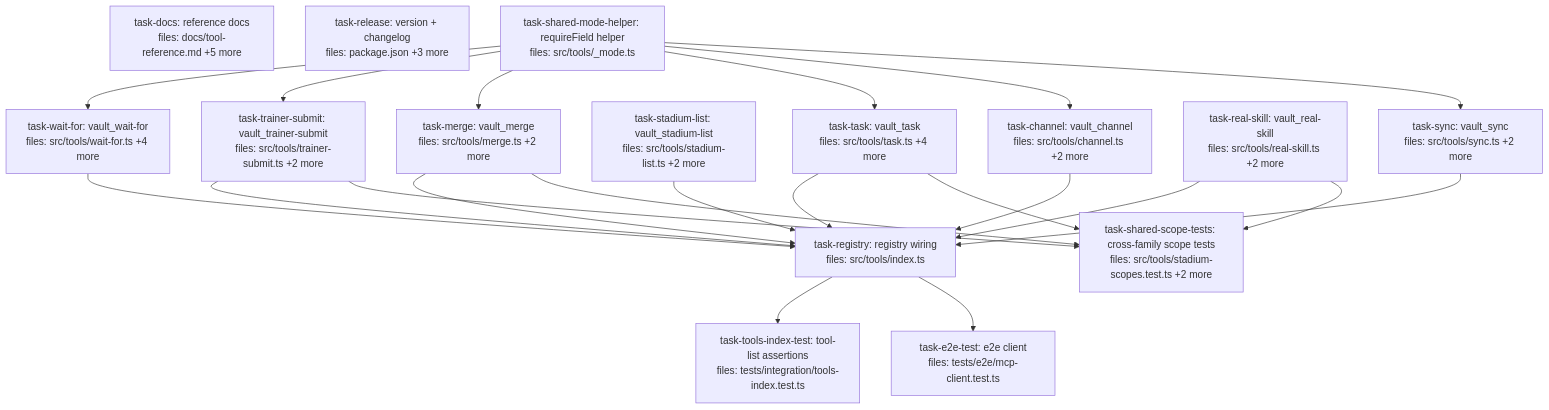
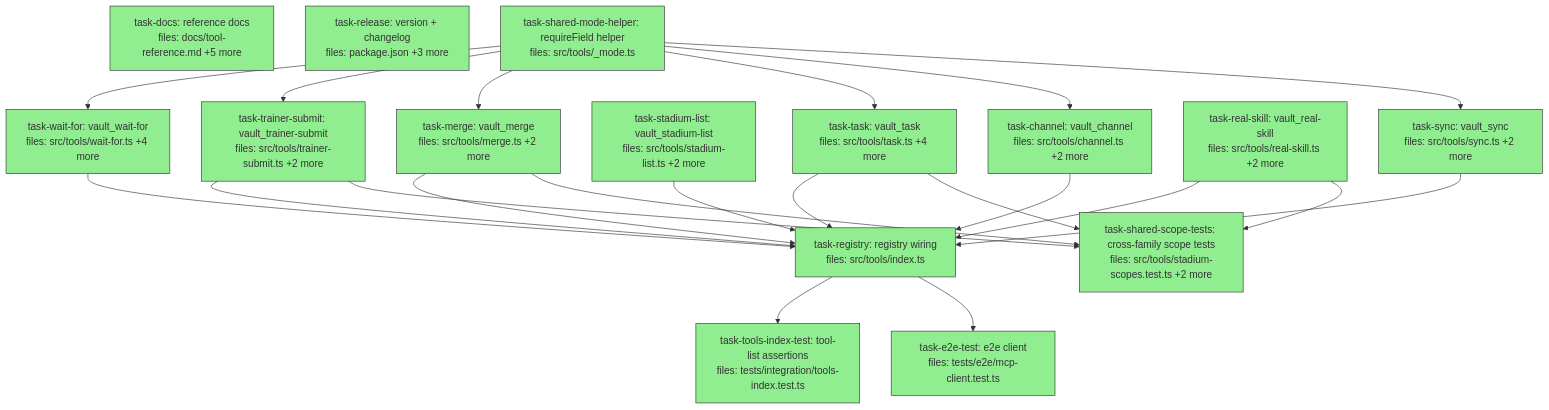
Before and after one commit to BrettNye/stoa: the diagram in docs/superpowers/plans/2026-06-14-tool-surface-family-consolidation-dag.md, drawn with Mermaid. The commit also changed other lines of this file, not shown here.

First line of the commit message:
docs(plan): tool-surface consolidation DAG executed — 17/17 tasks done

````diff
--- a/docs/superpowers/plans/2026-06-14-tool-surface-family-consolidation-dag.md
+++ b/docs/superpowers/plans/2026-06-14-tool-surface-family-consolidation-dag.md
@@ -6,46 +6,52 @@
 ```mermaid
 flowchart TD
     task-wait-for["task-wait-for: vault_wait-for<br/>files: src/tools/wait-for.ts +4 more"]
     task-trainer-submit["task-trainer-submit: vault_trainer-submit<br/>files: src/tools/trainer-submit.ts +2 more"]
     task-merge["task-merge: vault_merge<br/>files: src/tools/merge.ts +2 more"]
     task-stadium-list["task-stadium-list: vault_stadium-list<br/>files: src/tools/stadium-list.ts +2 more"]
     task-task["task-task: vault_task<br/>files: src/tools/task.ts +4 more"]
     task-channel["task-channel: vault_channel<br/>files: src/tools/channel.ts +2 more"]
     task-real-skill["task-real-skill: vault_real-skill<br/>files: src/tools/real-skill.ts +2 more"]
     task-sync["task-sync: vault_sync<br/>files: src/tools/sync.ts +2 more"]
     task-registry["task-registry: registry wiring<br/>files: src/tools/index.ts"]
     task-shared-scope-tests["task-shared-scope-tests: cross-family scope tests<br/>files: src/tools/stadium-scopes.test.ts +2 more"]
     task-tools-index-test["task-tools-index-test: tool-list assertions<br/>files: tests/integration/tools-index.test.ts"]
     task-e2e-test["task-e2e-test: e2e client<br/>files: tests/e2e/mcp-client.test.ts"]
     task-docs["task-docs: reference docs<br/>files: docs/tool-reference.md +5 more"]
     task-release["task-release: version + changelog<br/>files: package.json +3 more"]
     task-shared-mode-helper["task-shared-mode-helper: requireField helper<br/>files: src/tools/_mode.ts"]
 
     task-shared-mode-helper --> task-wait-for
     task-shared-mode-helper --> task-trainer-submit
     task-shared-mode-helper --> task-merge
     task-shared-mode-helper --> task-task
     task-shared-mode-helper --> task-channel
     task-shared-mode-helper --> task-sync
 
     task-wait-for --> task-registry
     task-trainer-submit --> task-registry
     task-merge --> task-registry
     task-stadium-list --> task-registry
     task-task --> task-registry
     task-channel --> task-registry
     task-real-skill --> task-registry
     task-sync --> task-registry
     task-trainer-submit --> task-shared-scope-tests
     task-real-skill --> task-shared-scope-tests
     task-merge --> task-shared-scope-tests
     task-task --> task-shared-scope-tests
     task-registry --> task-tools-index-test
     task-registry --> task-e2e-test
 
     classDef done fill:#90ee90,stroke:#333
     classDef ready fill:#fffacd,stroke:#333
     classDef running fill:#87ceeb,stroke:#333
     classDef failed fill:#ffb6c1,stroke:#333
     classDef skipped fill:#d3d3d3,stroke:#333,stroke-dasharray: 5 5
+
+    class task-shared-mode-helper,task-stadium-list,task-real-skill,task-docs,task-release done
+    class task-wait-for,task-trainer-submit,task-merge,task-task,task-channel,task-sync done
+    class task-registry,task-shared-scope-tests done
+    class task-blast-radius-src,task-blast-radius-tests done
+    class task-tools-index-test,task-e2e-test done
 ```
````
